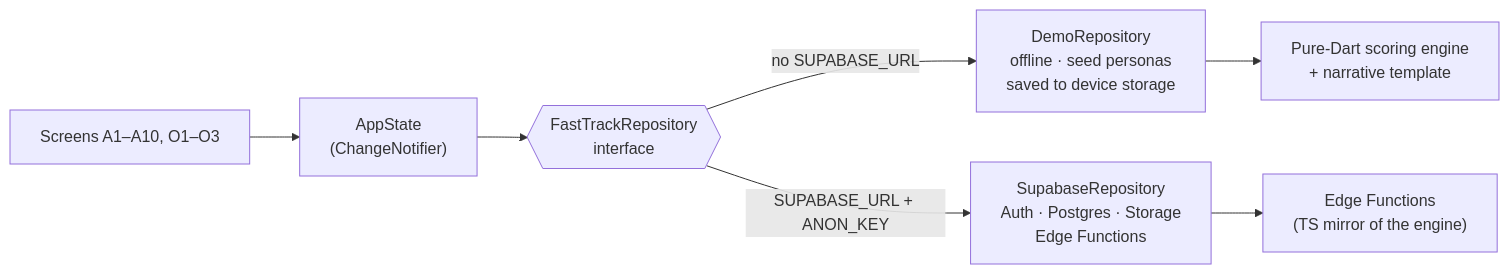
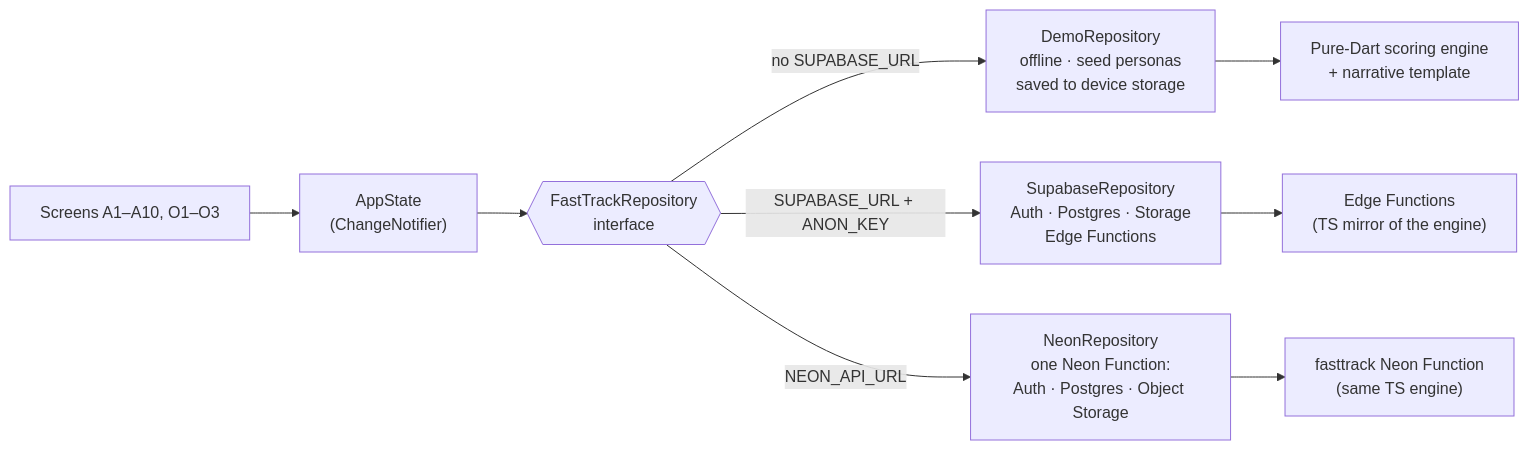
The second of 7 diagrams in README.md (adeyanjufuhad/FastTrack), drawn with Mermaid before and after one commit. The commit also changed other lines of this file and 15 other files, not shown here.

````diff
--- a/README.md
+++ b/README.md
@@ -149,9 +149,11 @@
 ```mermaid
 flowchart LR
     UI["Screens A1–A10, O1–O3"] --> S["AppState<br/>(ChangeNotifier)"]
     S --> R{{"FastTrackRepository<br/>interface"}}
     R -->|"no SUPABASE_URL"| D["DemoRepository<br/>offline · seed personas<br/>saved to device storage"]
     R -->|"SUPABASE_URL + ANON_KEY"| SB["SupabaseRepository<br/>Auth · Postgres · Storage<br/>Edge Functions"]
+    R -->|"NEON_API_URL"| NE["NeonRepository<br/>one Neon Function:<br/>Auth · Postgres · Object Storage"]
     D --> ENG["Pure-Dart scoring engine<br/>+ narrative template"]
     SB --> EFN["Edge Functions<br/>(TS mirror of the engine)"]
+    NE --> NFN["fasttrack Neon Function<br/>(same TS engine)"]
 ```
````
